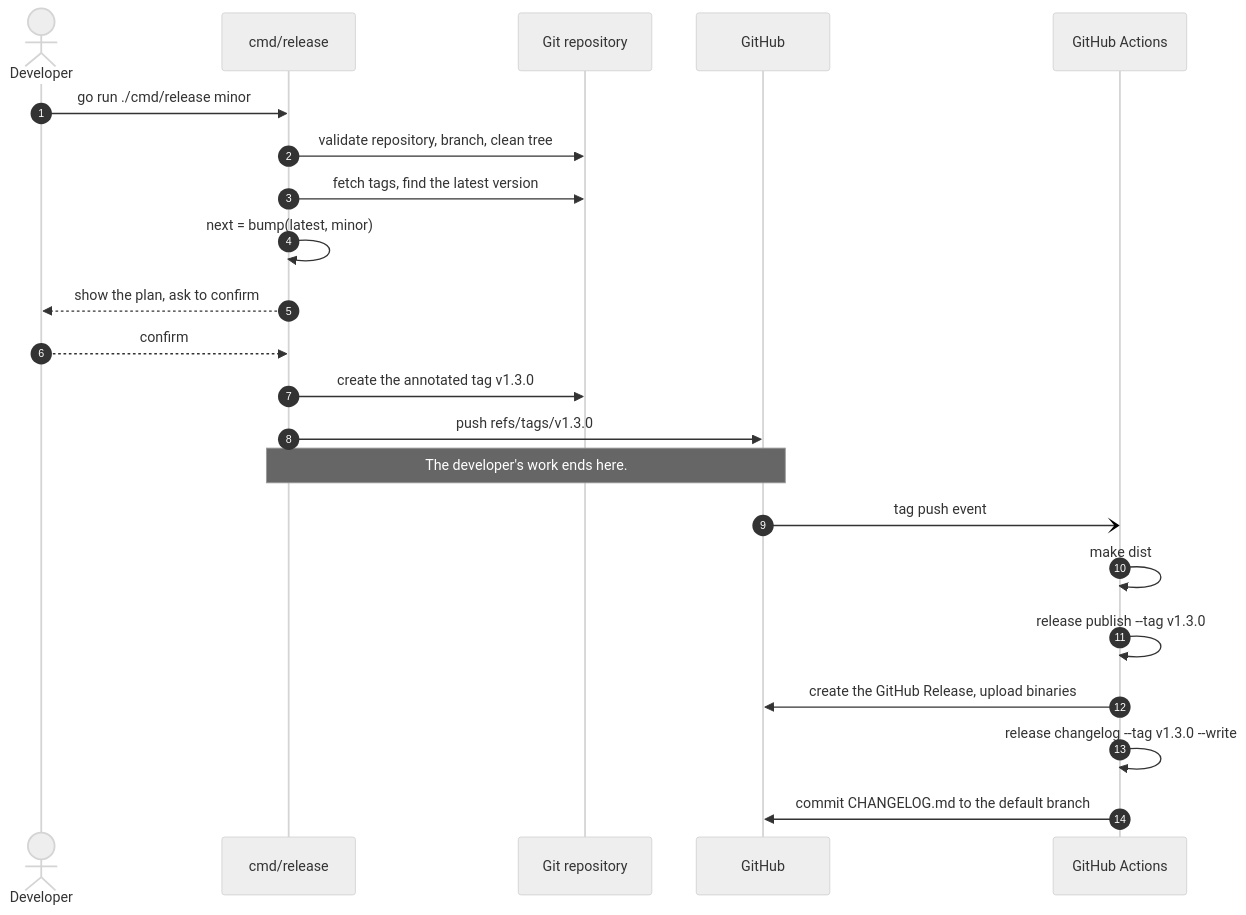
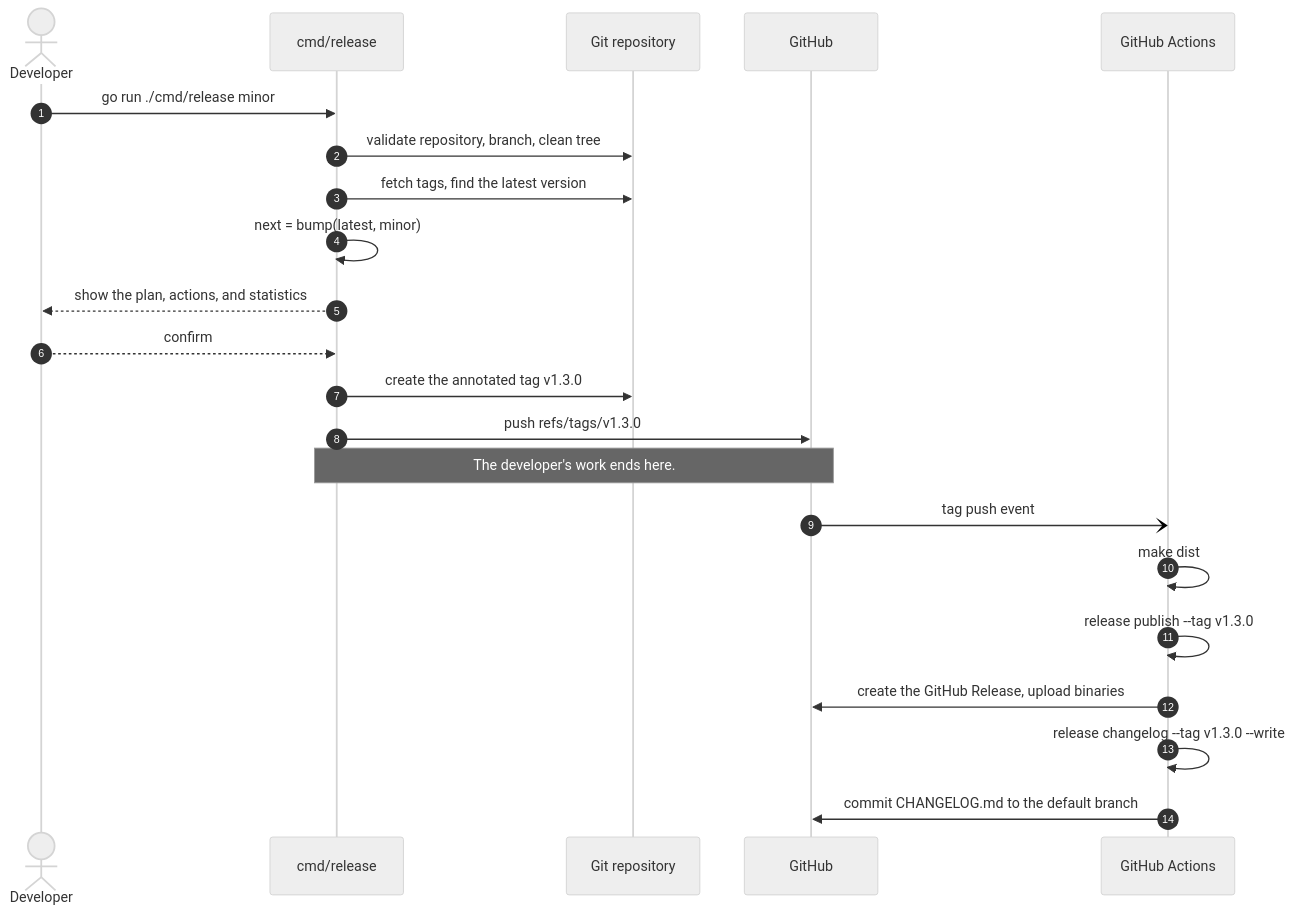
Before and after one commit to teddynted/designing-an-ai-agent-platform-on-aws: the second of 2 diagrams in README.md, drawn with Mermaid (neutral theme). The commit also changed other lines of this file and 29 other files, not shown here.

````diff
--- a/README.md
+++ b/README.md
@@ -122,27 +141,27 @@
 ```mermaid
 sequenceDiagram
     autonumber
     actor Dev as Developer
     participant CLI as cmd/release
     participant Repo as Git repository
     participant GH as GitHub
     participant CI as GitHub Actions
 
     Dev->>CLI: go run ./cmd/release minor
     CLI->>Repo: validate repository, branch, clean tree
     CLI->>Repo: fetch tags, find the latest version
     CLI->>CLI: next = bump(latest, minor)
-    CLI-->>Dev: show the plan, ask to confirm
+    CLI-->>Dev: show the plan, actions, and statistics
     Dev-->>CLI: confirm
     CLI->>Repo: create the annotated tag v1.3.0
     CLI->>GH: push refs/tags/v1.3.0
 
     Note over CLI,GH: The developer's work ends here.
 
     GH-)CI: tag push event
     CI->>CI: make dist
     CI->>CI: release publish --tag v1.3.0
     CI->>GH: create the GitHub Release, upload binaries
     CI->>CI: release changelog --tag v1.3.0 --write
     CI->>GH: commit CHANGELOG.md to the default branch
 ```
````
